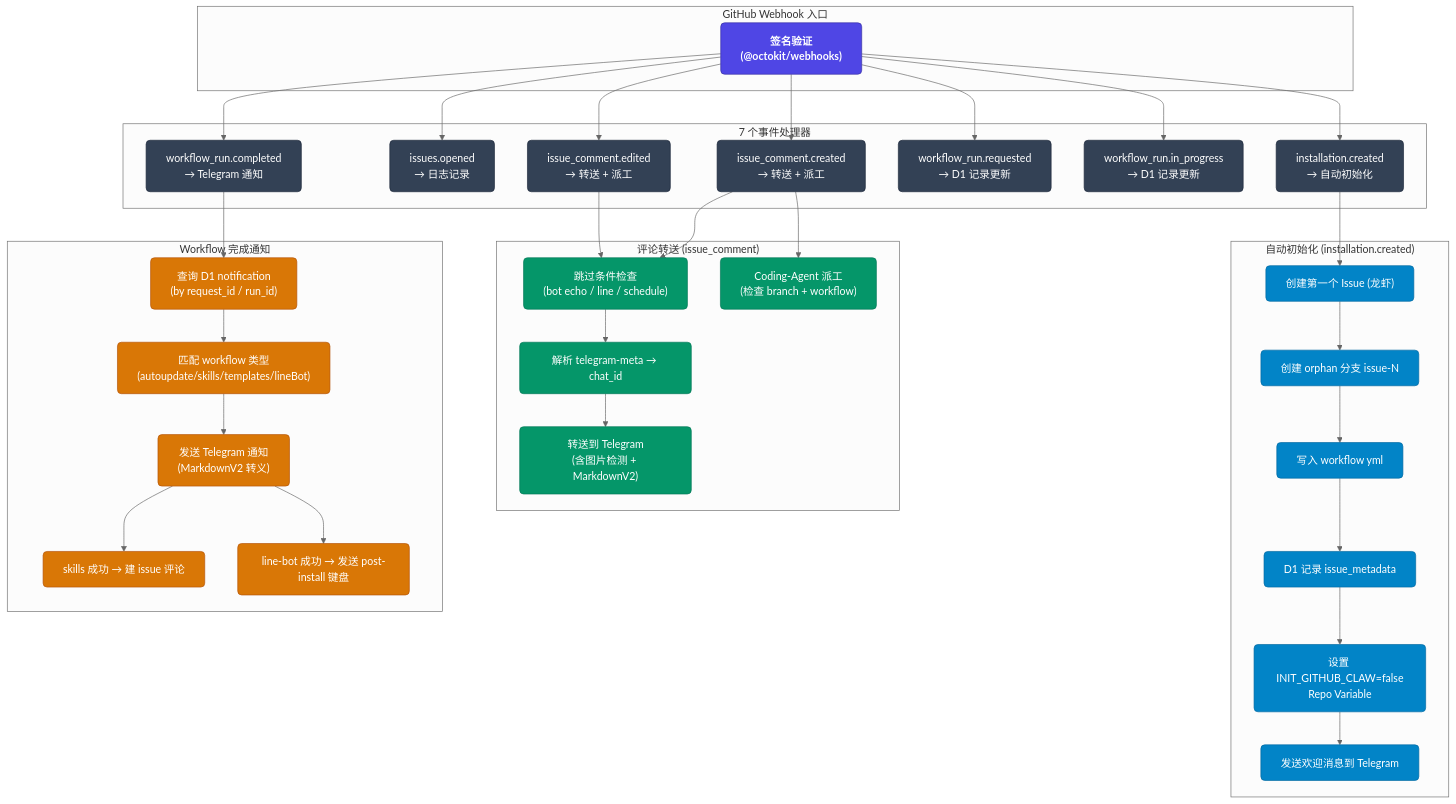
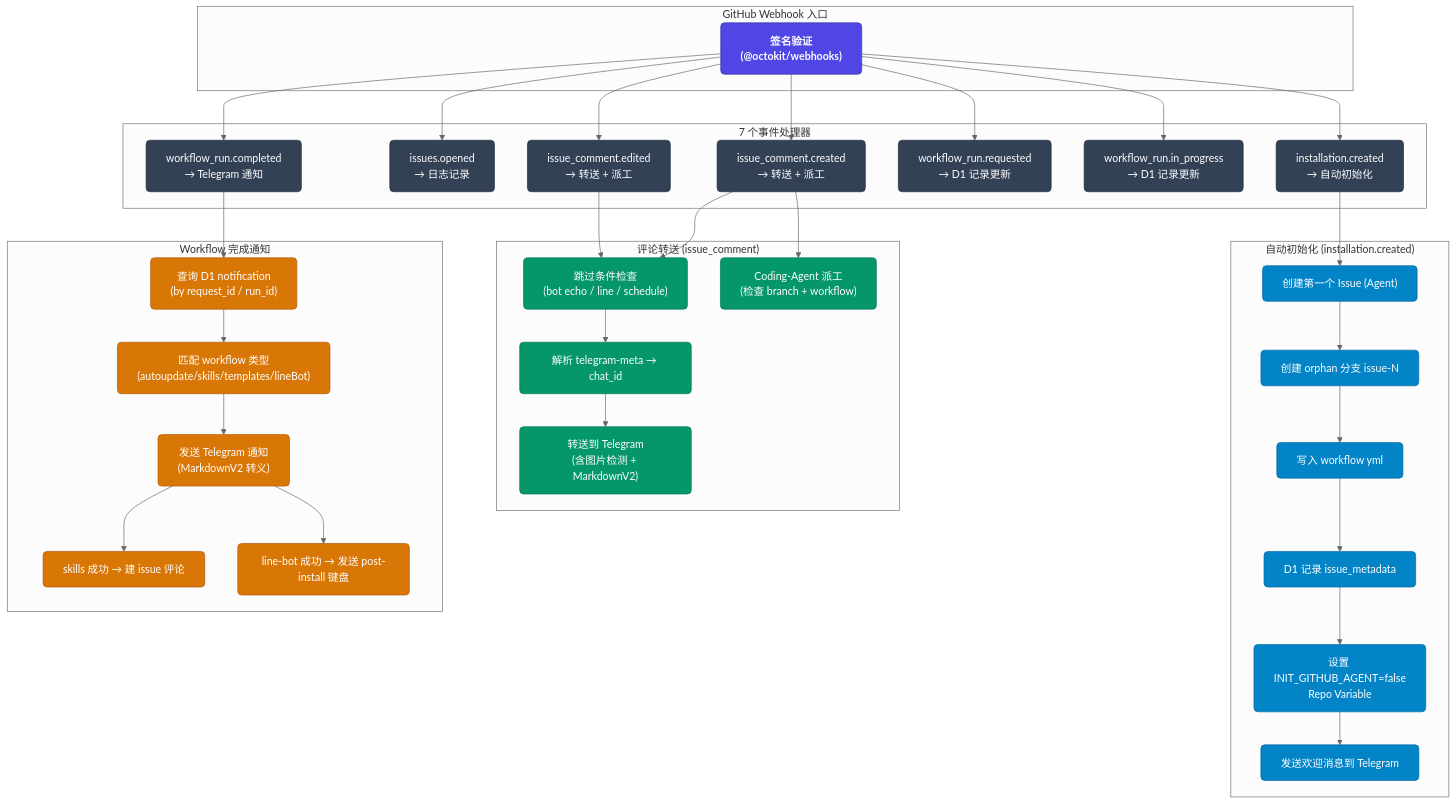
Before and after one commit to getfde-admin/myagent-core: the fourth of 11 diagrams in src/ARCHITECTURE.md, drawn with Mermaid (neutral theme). The commit also changed other lines of this file and 66 other files, not shown here.

First line of the commit message:
Rename technical identifiers & file names (Claw→Agent)

````diff
--- a/src/ARCHITECTURE.md
+++ b/src/ARCHITECTURE.md
@@ -234,56 +234,56 @@
 ```mermaid
 flowchart TB
     classDef entry fill:#4f46e5,stroke:#3730a3,color:#fff,font-weight:bold,rx:6px
     classDef event fill:#334155,stroke:#1e293b,color:#fff,rx:6px
     classDef init fill:#0284c7,stroke:#0369a1,color:#fff,rx:6px
     classDef relay fill:#059669,stroke:#047857,color:#fff,rx:6px
     classDef notify fill:#d97706,stroke:#b45309,color:#fff,rx:6px
 
     subgraph "GitHub Webhook 入口"
         SIGN["签名验证<br/>(@octokit/webhooks)"]:::entry
     end
 
     subgraph "7 个事件处理器"
         E1["installation.created<br/>→ 自动初始化"]:::event
         E2["issues.opened<br/>→ 日志记录"]:::event
         E3["issue_comment.created<br/>→ 转送 + 派工"]:::event
         E4["issue_comment.edited<br/>→ 转送 + 派工"]:::event
         E5["workflow_run.requested<br/>→ D1 记录更新"]:::event
         E6["workflow_run.in_progress<br/>→ D1 记录更新"]:::event
         E7["workflow_run.completed<br/>→ Telegram 通知"]:::event
     end
 
     subgraph "自动初始化 (installation.created)"
-        AI1["创建第一个 Issue (龙虾)"]:::init
+        AI1["创建第一个 Issue (Agent)"]:::init
         AI2["创建 orphan 分支 issue-N"]:::init
         AI3["写入 workflow yml"]:::init
         AI4["D1 记录 issue_metadata"]:::init
-        AI5["设置 INIT_GITHUB_CLAW=false<br/>Repo Variable"]:::init
+        AI5["设置 INIT_GITHUB_AGENT=false<br/>Repo Variable"]:::init
         AI6["发送欢迎消息到 Telegram"]:::init
     end
 
     subgraph "评论转送 (issue_comment)"
         RC1["跳过条件检查<br/>(bot echo / line / schedule)"]:::relay
         RC2["解析 telegram-meta → chat_id"]:::relay
         RC3["转送到 Telegram<br/>(含图片检测 + MarkdownV2)"]:::relay
         RC4["Coding-Agent 派工<br/>(检查 branch + workflow)"]:::relay
     end
 
     subgraph "Workflow 完成通知"
         WN1["查询 D1 notification<br/>(by request_id / run_id)"]:::notify
         WN2["匹配 workflow 类型<br/>(autoupdate/skills/templates/lineBot)"]:::notify
         WN3["发送 Telegram 通知<br/>(MarkdownV2 转义)"]:::notify
         WN4["skills 成功 → 建 issue 评论"]:::notify
         WN5["line-bot 成功 → 发送 post-install 键盘"]:::notify
     end
 
     SIGN --> E1 & E2 & E3 & E4 & E5 & E6 & E7
 
     E1 --> AI1 --> AI2 --> AI3 --> AI4 --> AI5 --> AI6
     E3 --> RC1 --> RC2 --> RC3
     E3 --> RC4
     E4 --> RC1
     E7 --> WN1 --> WN2 --> WN3
     WN3 --> WN4
     WN3 --> WN5
 ```
````
